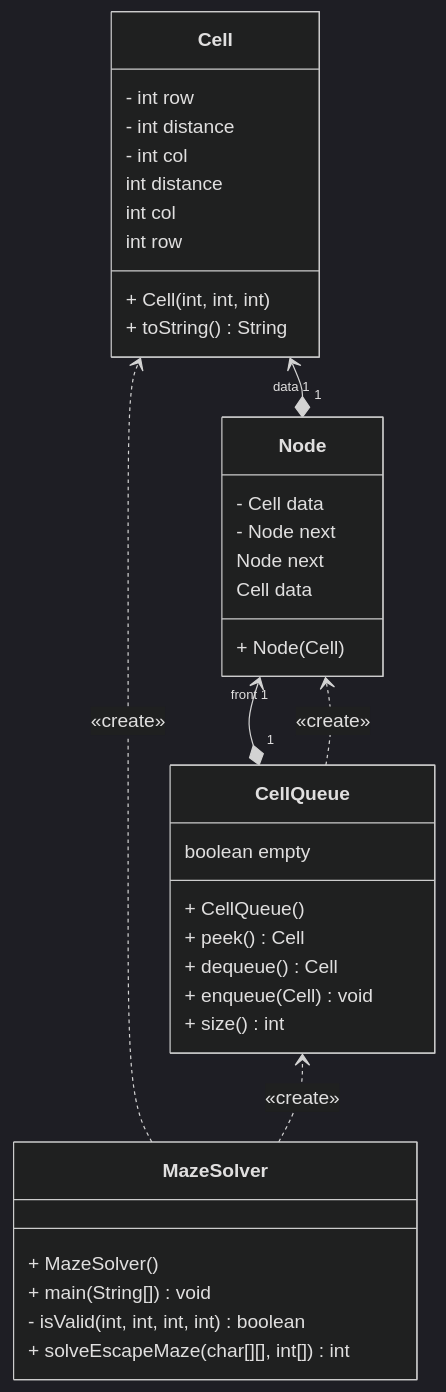
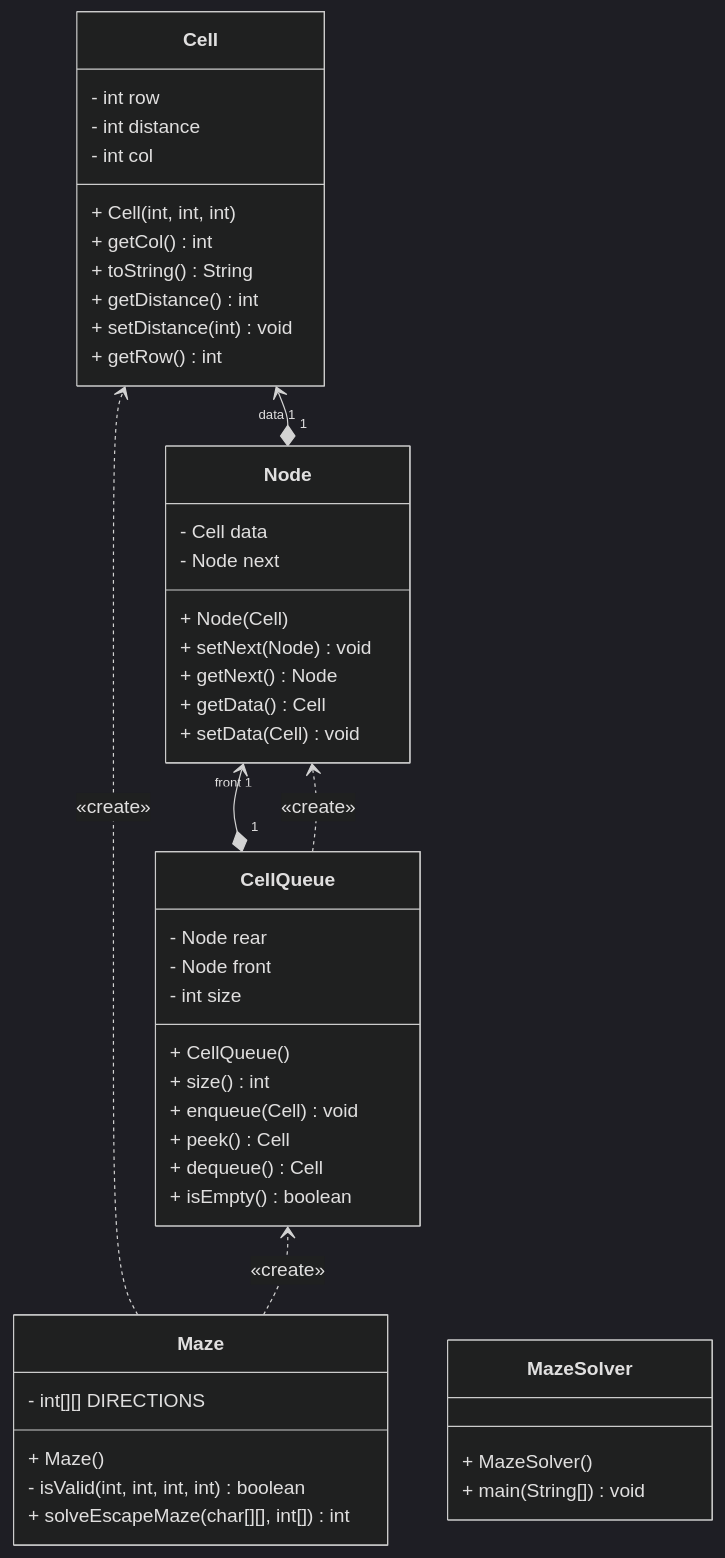
The diagram in README.md (ttwrpz/maze-escape-solver), drawn with Mermaid (dark theme) before and after one commit. The commit also changed 1 other file, not shown here.

Commit message:
doc: Update UML Diagram to reflect the latest code

````diff
--- a/README.md
+++ b/README.md
@@ -66,41 +66,51 @@
 ```mermaid
 classDiagram
-direction BT
-class Cell {
-  + Cell(int, int, int) 
-  - int row
-  - int distance
-  - int col
-  + toString() String
-   int distance
-   int col
-   int row
-}
-class CellQueue {
-  + CellQueue() 
-  + peek() Cell
-  + dequeue() Cell
-  + enqueue(Cell) void
-  + size() int
-   boolean empty
-}
-class MazeSolver {
-  + MazeSolver() 
-  + main(String[]) void
-  - isValid(int, int, int, int) boolean
-  + solveEscapeMaze(char[][], int[]) int
-}
-class Node {
-  + Node(Cell) 
-  - Cell data
-  - Node next
-   Node next
-   Cell data
-}
+   direction BT
+   class Cell {
+      + Cell(int, int, int)
+      - int row
+      - int distance
+      - int col
+      + getCol() int
+      + toString() String
+      + getDistance() int
+      + setDistance(int) void
+      + getRow() int
+   }
+   class CellQueue {
+      + CellQueue()
+      - Node rear
+      - Node front
+      - int size
+      + size() int
+      + enqueue(Cell) void
+      + peek() Cell
+      + dequeue() Cell
+      + isEmpty() boolean
+   }
+   class Maze {
+      + Maze()
+      - int[][] DIRECTIONS
+      - isValid(int, int, int, int) boolean
+      + solveEscapeMaze(char[][], int[]) int
+   }
+   class MazeSolver {
+      + MazeSolver()
+      + main(String[]) void
+   }
+   class Node {
+      + Node(Cell)
+      - Cell data
+      - Node next
+      + setNext(Node) void
+      + getNext() Node
+      + getData() Cell
+      + setData(Cell) void
+   }
 
-CellQueue "1" *--> "front 1" Node 
-CellQueue  ..>  Node : «create»
-MazeSolver  ..>  Cell : «create»
-MazeSolver  ..>  CellQueue : «create»
-Node "1" *--> "data 1" Cell
+   CellQueue "1" *--> "front 1" Node
+   CellQueue  ..>  Node : «create»
+   Maze  ..>  Cell : «create»
+   Maze  ..>  CellQueue : «create»
+   Node "1" *--> "data 1" Cell
 ```
````
